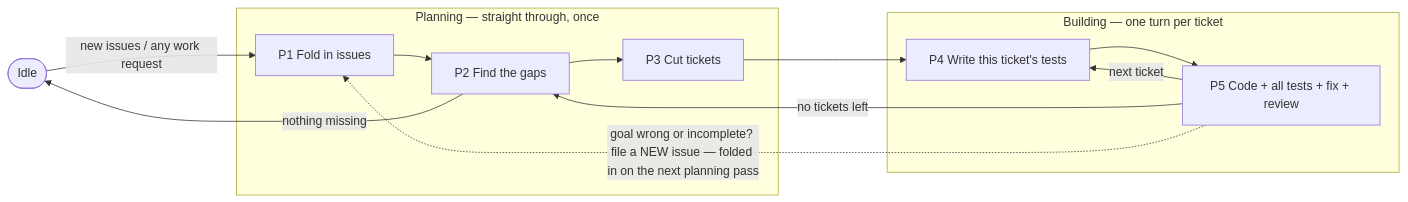
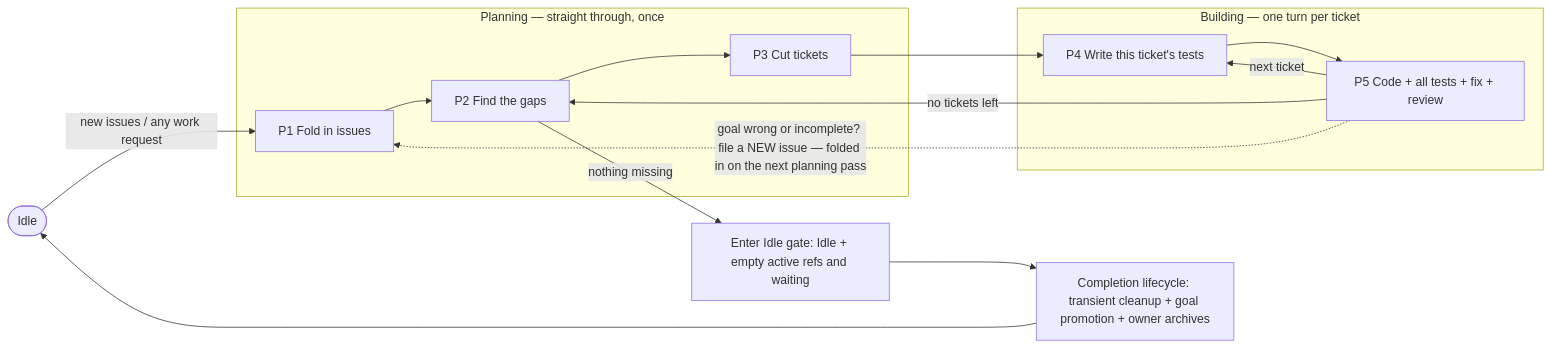
One commit to egoisth777/uni-spec changed the diagram in .arca/index.md. Above: the diagram before and after it, drawn with Mermaid. The commit also changed other lines of this file and 76 other files, not shown here.

````diff
--- a/.arca/index.md
+++ b/.arca/index.md
@@ -129,15 +142,17 @@
 ```mermaid
 flowchart LR
     IDLE([Idle]) -->|new issues / any work request| P1
     subgraph PLAN["Planning — straight through, once"]
         P1[P1 Fold in issues] --> P2[P2 Find the gaps] --> P3[P3 Cut tickets]
     end
     subgraph BUILD["Building — one turn per ticket"]
         P4[P4 Write this ticket's tests] --> P5[P5 Code + all tests + fix + review]
         P5 -->|next ticket| P4
     end
     P3 --> P4
     P5 -->|no tickets left| P2
-    P2 -->|nothing missing| IDLE
+    P2 -->|nothing missing| GATE[Enter Idle gate: Idle + empty active refs and waiting]
+    GATE --> COMPLETE[Completion lifecycle: transient cleanup + goal promotion + owner archives]
+    COMPLETE --> IDLE
     P5 -. "goal wrong or incomplete? file a NEW issue — folded in on the next planning pass" .-> P1
 ```
````
